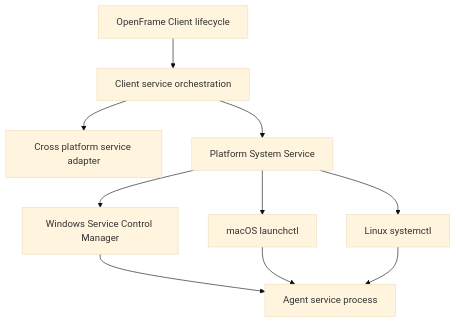
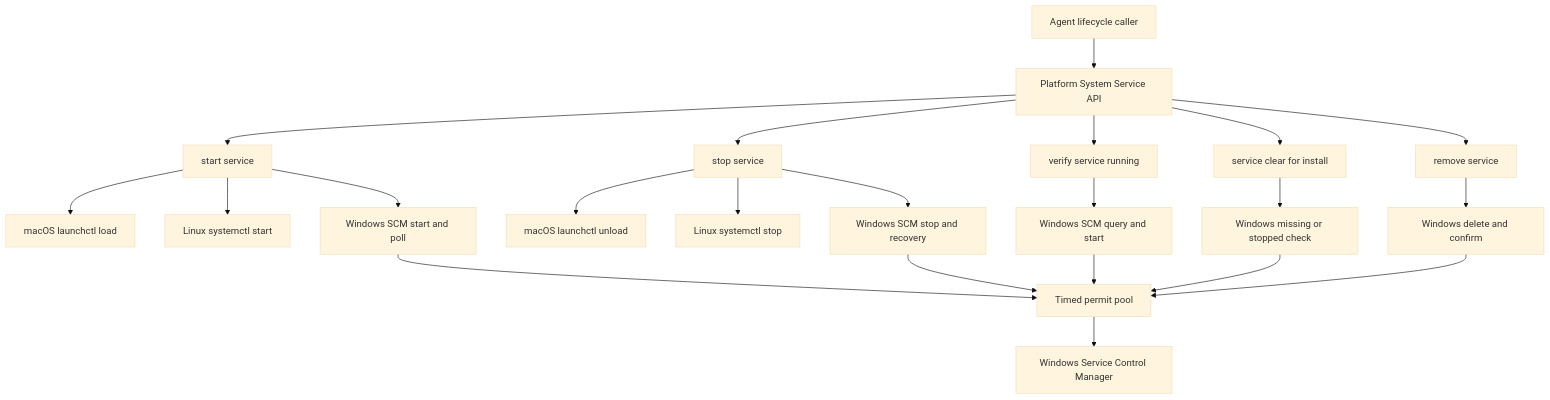
Before and after one commit to flamingo-stack/openframe-oss-tenant: the first of 4 diagrams in docs/reference/architecture/openframe-client-core/platform-system-service/platform-system-service.md, drawn with Mermaid (base theme). The commit also changed other lines of this file and 2377 other files, not shown here.

````diff
--- a/docs/reference/architecture/openframe-client-core/platform-system-service/platform-system-service.md
+++ b/docs/reference/architecture/openframe-client-core/platform-system-service/platform-system-service.md
@@ -24,12 +30,24 @@
 ```mermaid
 flowchart TD
-    ClientLifecycle["OpenFrame Client lifecycle"] --> ServiceCore["Client service orchestration"]
-    ServiceCore --> Adapter["Cross platform service adapter"]
-    ServiceCore --> PlatformSystem["Platform System Service"]
-    PlatformSystem --> MacManager["macOS launchctl"]
-    PlatformSystem --> LinuxManager["Linux systemctl"]
-    PlatformSystem --> WindowsScm["Windows Service Control Manager"]
-    WindowsScm --> AgentProcess["Agent service process"]
-    MacManager --> AgentProcess
-    LinuxManager --> AgentProcess
+    Caller["Agent lifecycle caller"] --> API["Platform System Service API"]
+    API --> Start["start service"]
+    API --> Stop["stop service"]
+    API --> Verify["verify service running"]
+    API --> InstallCheck["service clear for install"]
+    API --> Remove["remove service"]
+    Start --> MacStart["macOS launchctl load"]
+    Start --> LinuxStart["Linux systemctl start"]
+    Start --> WindowsStart["Windows SCM start and poll"]
+    Stop --> MacStop["macOS launchctl unload"]
+    Stop --> LinuxStop["Linux systemctl stop"]
+    Stop --> WindowsStop["Windows SCM stop and recovery"]
+    Verify --> WindowsVerify["Windows SCM query and start"]
+    InstallCheck --> WindowsCheck["Windows missing or stopped check"]
+    Remove --> WindowsRemove["Windows delete and confirm"]
+    WindowsStart --> Pool["Timed permit pool"]
+    WindowsStop --> Pool
+    WindowsVerify --> Pool
+    WindowsCheck --> Pool
+    WindowsRemove --> Pool
+    Pool --> SCM["Windows Service Control Manager"]
 ```
````
